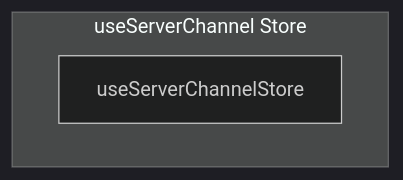
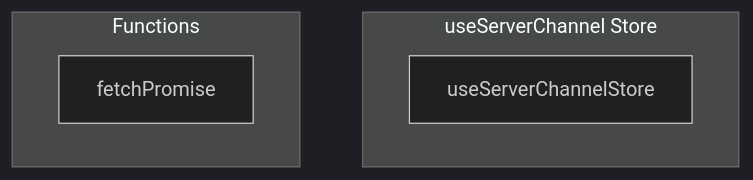
Before and after one commit to y4my4my4m/harmony: the diagram in docs/api/stores/useserverchannel.md, drawn with Mermaid (dark theme). The commit also changed other lines of this file and 350 other files, not shown here.

````diff
--- a/docs/api/stores/useserverchannel.md
+++ b/docs/api/stores/useserverchannel.md
@@ -7,10 +7,10 @@
 ```mermaid
 graph TB
     subgraph "useServerChannel Store"
         USESERVERCHANNELSTORE[useServerChannelStore]
     end
     
-    
-    
-    
+    subgraph "Functions"
+        FN_FETCHPROMISE[fetchPromise]
+    end
 ```
````
